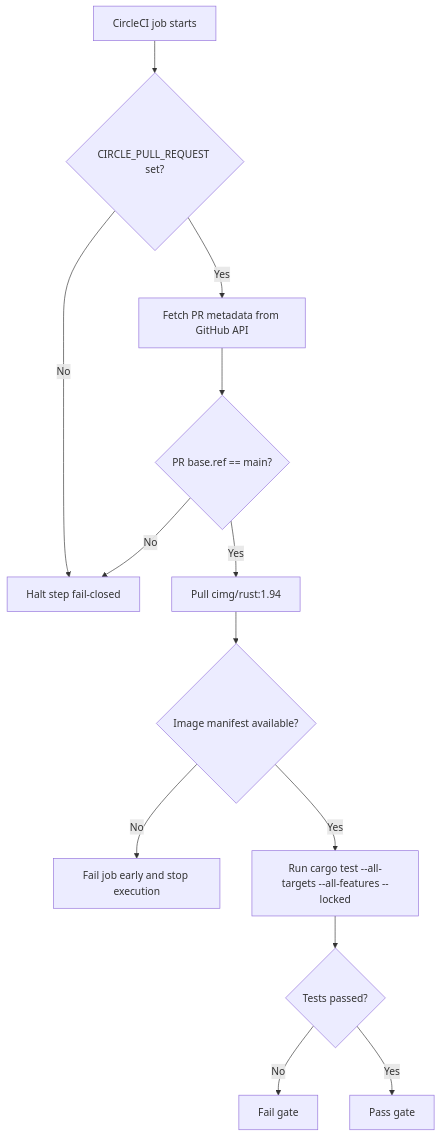
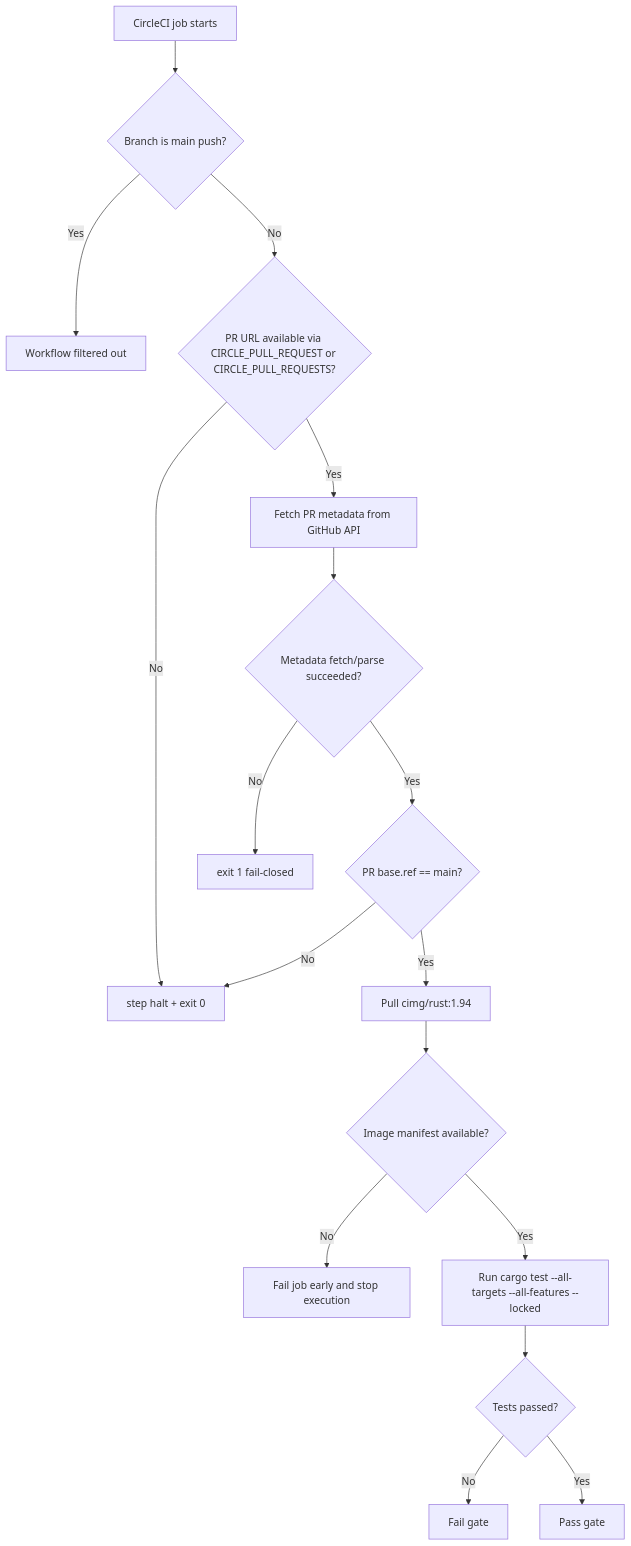
Before and after one commit to vivekvedant/prune-guard: the second of 2 diagrams in flowcharts/phase-4-pr-test-gate.md, drawn with Mermaid. The commit also changed other lines of this file and 3 other files, not shown here.

````diff
--- a/flowcharts/phase-4-pr-test-gate.md
+++ b/flowcharts/phase-4-pr-test-gate.md
@@ -27,15 +27,19 @@
 ```mermaid
 flowchart TD
-    A[CircleCI job starts] --> B{CIRCLE_PULL_REQUEST set?}
-    B -- No --> C[Halt step fail-closed]
-    B -- Yes --> D[Fetch PR metadata from GitHub API]
-    D --> E{PR base.ref == main?}
-    E -- No --> C
-    E -- Yes --> F[Pull cimg/rust:1.94]
-    F --> G{Image manifest available?}
-    G -- No --> H[Fail job early and stop execution]
-    G -- Yes --> I[Run cargo test --all-targets --all-features --locked]
-    I --> J{Tests passed?}
-    J -- No --> K[Fail gate]
-    J -- Yes --> L[Pass gate]
+    A[CircleCI job starts] --> B{Branch is main push?}
+    B -- Yes --> C[Workflow filtered out]
+    B -- No --> D{PR URL available via CIRCLE_PULL_REQUEST or CIRCLE_PULL_REQUESTS?}
+    D -- No --> E[step halt + exit 0]
+    D -- Yes --> F[Fetch PR metadata from GitHub API]
+    F --> G{Metadata fetch/parse succeeded?}
+    G -- No --> H[exit 1 fail-closed]
+    G -- Yes --> I{PR base.ref == main?}
+    I -- No --> E
+    I -- Yes --> J[Pull cimg/rust:1.94]
+    J --> K{Image manifest available?}
+    K -- No --> L[Fail job early and stop execution]
+    K -- Yes --> M[Run cargo test --all-targets --all-features --locked]
+    M --> N{Tests passed?}
+    N -- No --> O[Fail gate]
+    N -- Yes --> P[Pass gate]
 ```
````
